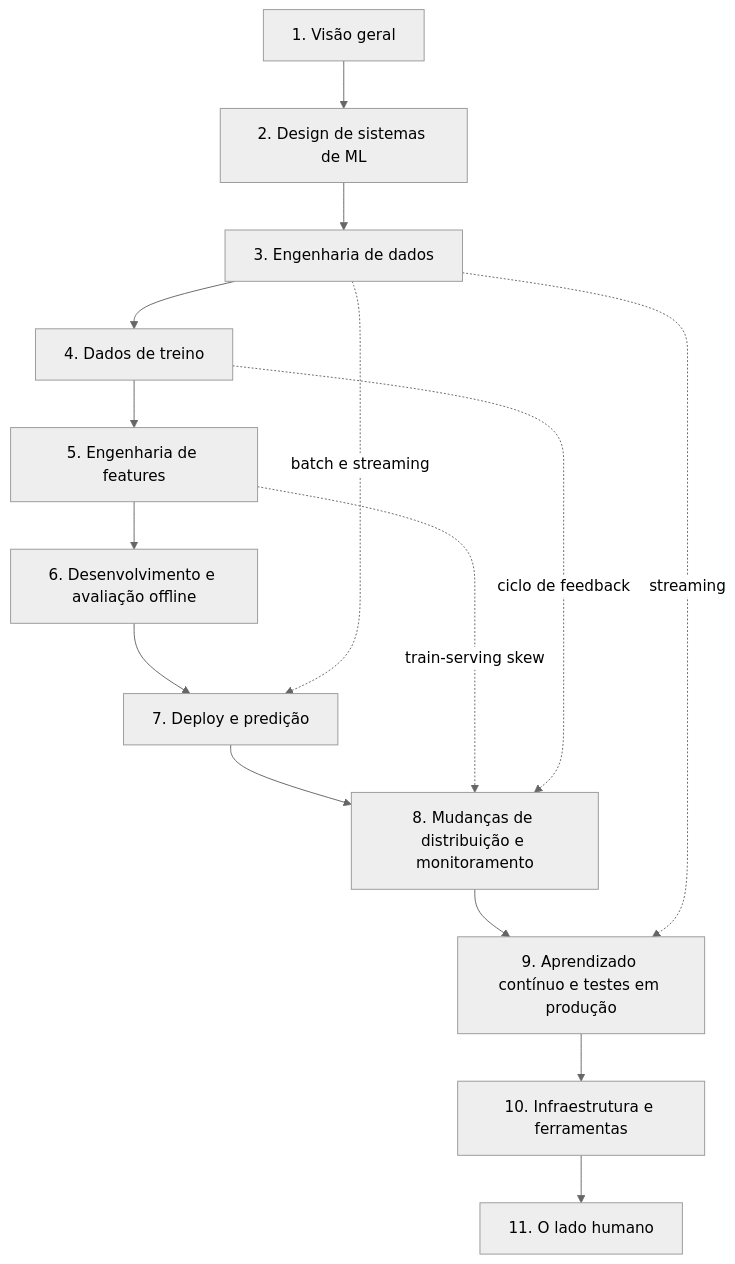
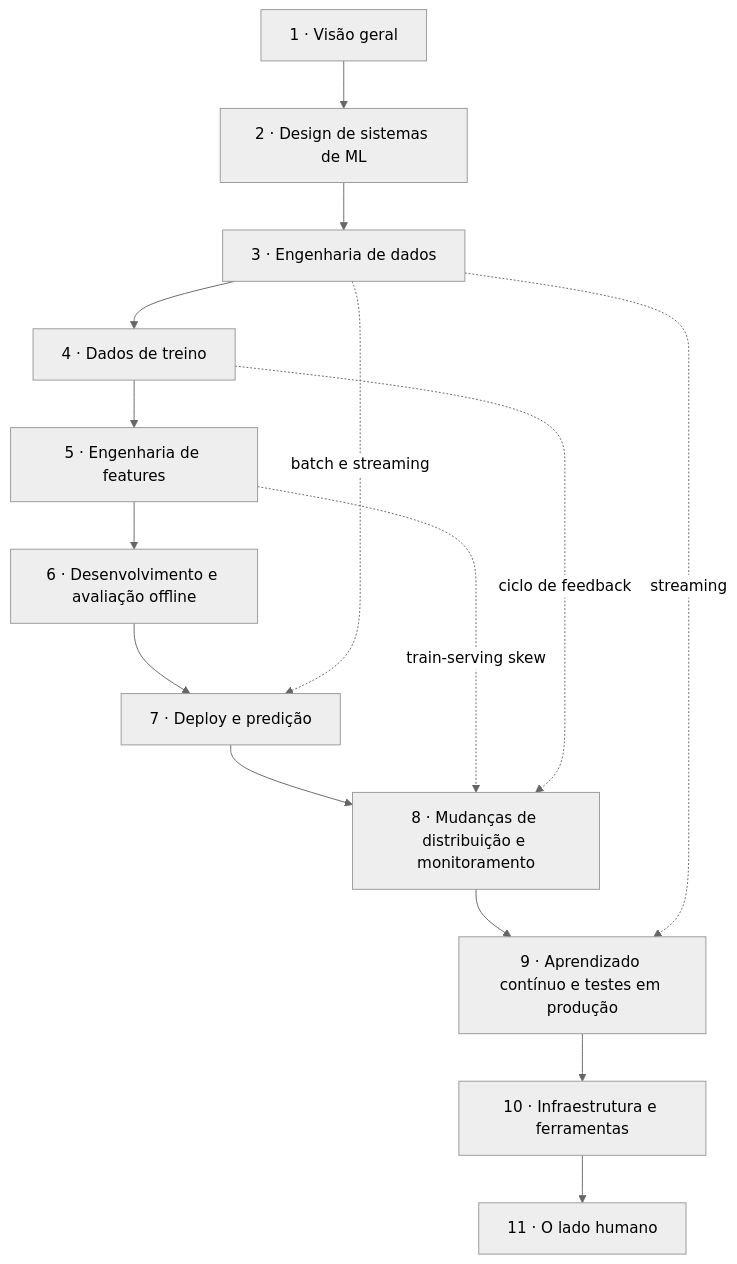
The diagram in content/pt-br/ia/designing-ml-systems/index.md (ogatalars/guia_software_engineering_teorico), drawn with Mermaid (neutral theme) before and after one commit. The commit also changed 12 other files, not shown here.

First line of the commit message:
fix(content): corrige diagramas Mermaid com rótulos iniciados por 'N.'

````diff
--- a/content/pt-br/ia/designing-ml-systems/index.md
+++ b/content/pt-br/ia/designing-ml-systems/index.md
@@ -28,17 +28,17 @@
 ```mermaid
 flowchart TD
-    C1["1. Visão geral"] --> C2["2. Design de sistemas de ML"]
-    C2 --> C3["3. Engenharia de dados"]
-    C3 --> C4["4. Dados de treino"]
-    C4 --> C5["5. Engenharia de features"]
-    C5 --> C6["6. Desenvolvimento e avaliação offline"]
-    C6 --> C7["7. Deploy e predição"]
-    C7 --> C8["8. Mudanças de distribuição e monitoramento"]
-    C8 --> C9["9. Aprendizado contínuo e testes em produção"]
-    C9 --> C10["10. Infraestrutura e ferramentas"]
-    C10 --> C11["11. O lado humano"]
+    C1["1 · Visão geral"] --> C2["2 · Design de sistemas de ML"]
+    C2 --> C3["3 · Engenharia de dados"]
+    C3 --> C4["4 · Dados de treino"]
+    C4 --> C5["5 · Engenharia de features"]
+    C5 --> C6["6 · Desenvolvimento e avaliação offline"]
+    C6 --> C7["7 · Deploy e predição"]
+    C7 --> C8["8 · Mudanças de distribuição e monitoramento"]
+    C8 --> C9["9 · Aprendizado contínuo e testes em produção"]
+    C9 --> C10["10 · Infraestrutura e ferramentas"]
+    C10 --> C11["11 · O lado humano"]
     C3 -. "batch e streaming" .-> C7
     C3 -. "streaming" .-> C9
     C5 -. "train-serving skew" .-> C8
     C4 -. "ciclo de feedback" .-> C8
 ```
````
